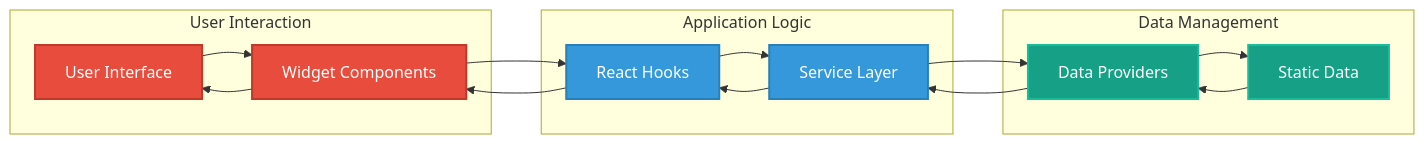
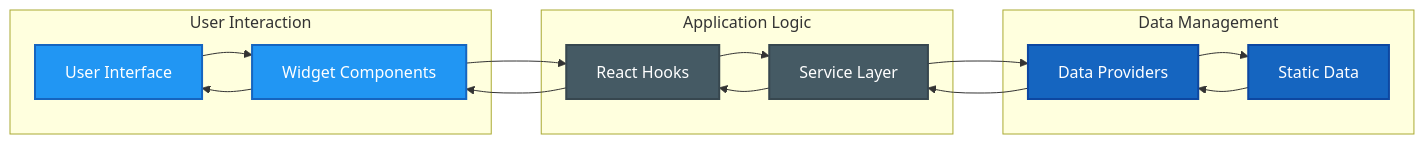
One commit to step-security-bot/cia-compliance-manager changed the third of 13 diagrams in docs/architecture/FLOWCHART.md. Above: the diagram before and after it, drawn with Mermaid. The commit also changed other lines of this file and 27 other files, not shown here.

First line of the commit message:
fix: resolve broken mermaid diagrams and improve color coding to match ISMS style guide (#1106)

````diff
--- a/docs/architecture/FLOWCHART.md
+++ b/docs/architecture/FLOWCHART.md
@@ -239,37 +239,37 @@
 ```mermaid
 flowchart LR
     subgraph "User Interaction"
         UI[User Interface]
         Widgets[Widget Components]
     end
     
     subgraph "Application Logic"
         Hooks[React Hooks]
         Services[Service Layer]
     end
     
     subgraph "Data Management"
         Providers[Data Providers]
         Data[Static Data]
     end
     
     UI --> Widgets
     Widgets --> Hooks
     Hooks --> Services
     Services --> Providers
     Providers --> Data
     Data --> Providers
     Providers --> Services
     Services --> Hooks
     Hooks --> Widgets
     Widgets --> UI
     
     %% Apply styles using class definitions
-    classDef ui fill:#e74c3c,stroke:#c0392b,stroke-width:2px,color:white
-    classDef logic fill:#3498db,stroke:#2980b9,stroke-width:2px,color:white
-    classDef data fill:#16a085,stroke:#1abc9c,stroke-width:2px,color:white
+    classDef ui fill:#2196F3,stroke:#1565C0,stroke-width:2px,color:#ffffff
+    classDef logic fill:#455A64,stroke:#37474F,stroke-width:2px,color:#ffffff
+    classDef data fill:#1565C0,stroke:#0D47A1,stroke-width:2px,color:#ffffff
     
     class UI,Widgets ui
     class Hooks,Services logic
     class Providers,Data data
 ```
````
